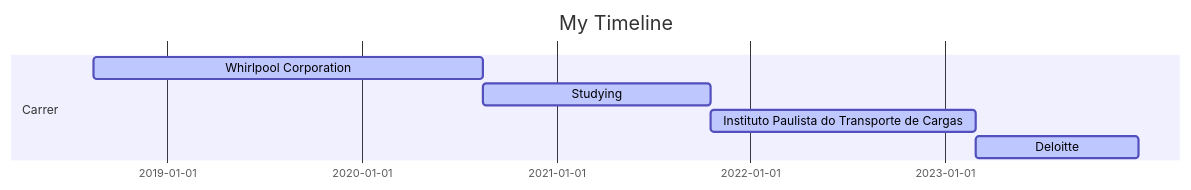
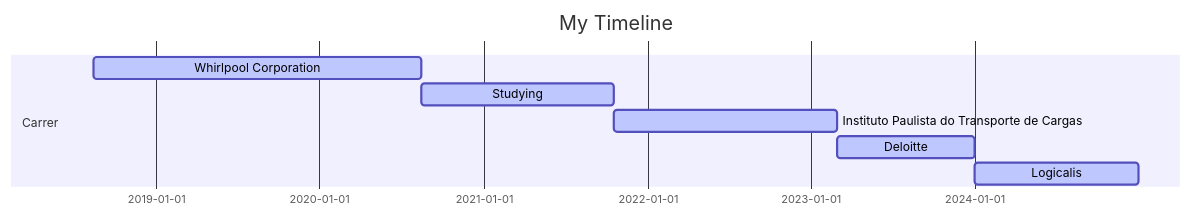
Before and after one commit to brncarvalho/brncarvalho: the diagram in README.md, drawn with Mermaid.

````diff
--- a/README.md
+++ b/README.md
@@ -3,11 +3,12 @@
 ```mermaid
 gantt
     dateFormat  YYYY-MM-DD
     title My Timeline
 
     section Carrer
     Whirlpool Corporation :active,, 2018-08-15,2020-08-15
     Studying :active,, 2020-08-15, 2021-10-18
     Instituto Paulista do Transporte de Cargas :active,, 2021-10-18,2023-03-01
-    Deloitte :active,, 2023-03-01,2023-12-31  
+    Deloitte :active,, 2023-03-01,2023-12-31
+    Logicalis :active,, 2024-01-01,2024-12-31 
 ```
````
